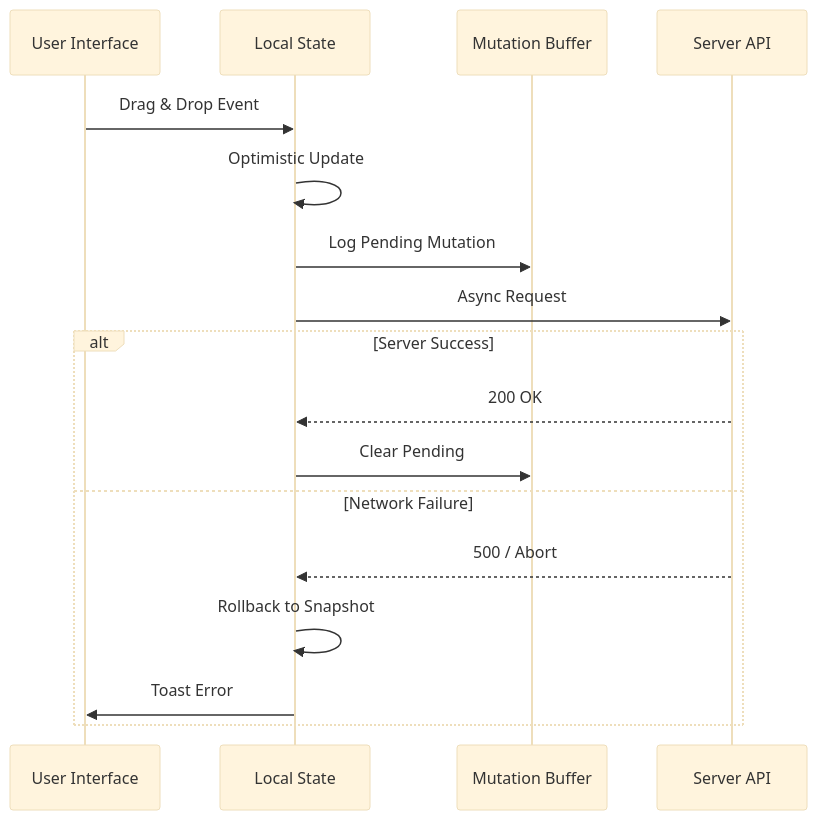
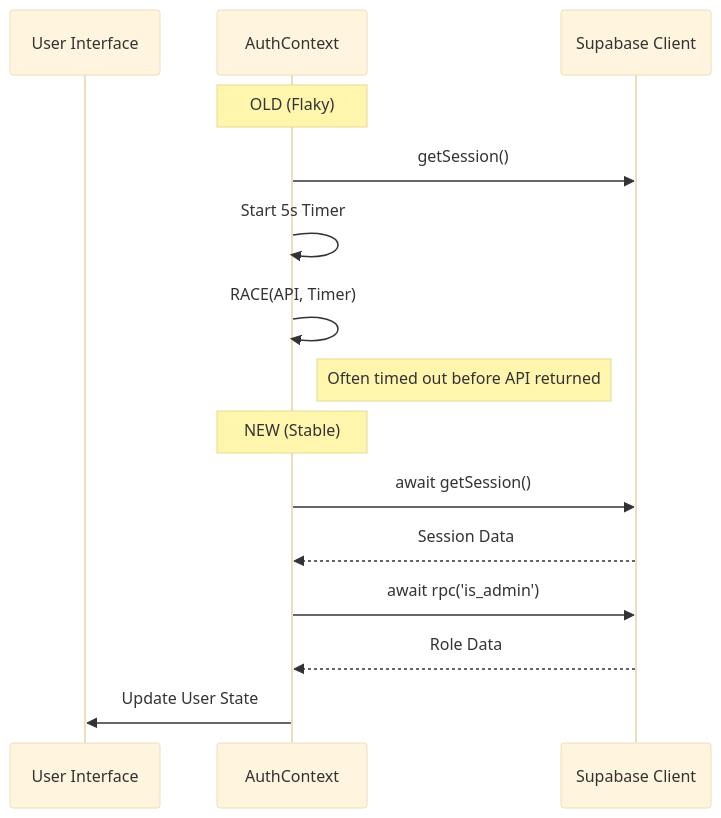
One commit to JoelA510/PlanterPlan-Alpha changed the diagram in PR_DESCRIPTION_DRAFT.md. Above: the diagram before and after it, drawn with Mermaid (base theme). The commit also changed other lines of this file and 5 other files, not shown here.

Commit message:
fix(auth): stabilize context and add e2e tests

````diff
--- a/PR_DESCRIPTION_DRAFT.md
+++ b/PR_DESCRIPTION_DRAFT.md
@@ -68,21 +27,19 @@
 ```mermaid
 sequenceDiagram
     participant UI as User Interface
-    participant State as Local State
-    participant Buffer as Mutation Buffer
-    participant API as Server API
+    participant Auth as AuthContext
+    participant API as Supabase Client
 
-    UI->>State: Drag & Drop Event
-    State->>State: Optimistic Update
-    State->>Buffer: Log Pending Mutation
-    State->>API: Async Request
-    
-    alt Server Success
-        API-->>State: 200 OK
-        State->>Buffer: Clear Pending
-    else Network Failure
-        API-->>State: 500 / Abort
-        State->>State: Rollback to Snapshot
-        State->>UI: Toast Error
-    end
+    Note over Auth: OLD (Flaky)
+    Auth->>API: getSession()
+    Auth->>Auth: Start 5s Timer
+    Auth->>Auth: RACE(API, Timer)
+    Note right of Auth: Often timed out before API returned
+
+    Note over Auth: NEW (Stable)
+    Auth->>API: await getSession()
+    API-->>Auth: Session Data
+    Auth->>API: await rpc('is_admin')
+    API-->>Auth: Role Data
+    Auth->>UI: Update User State
 ```
````
